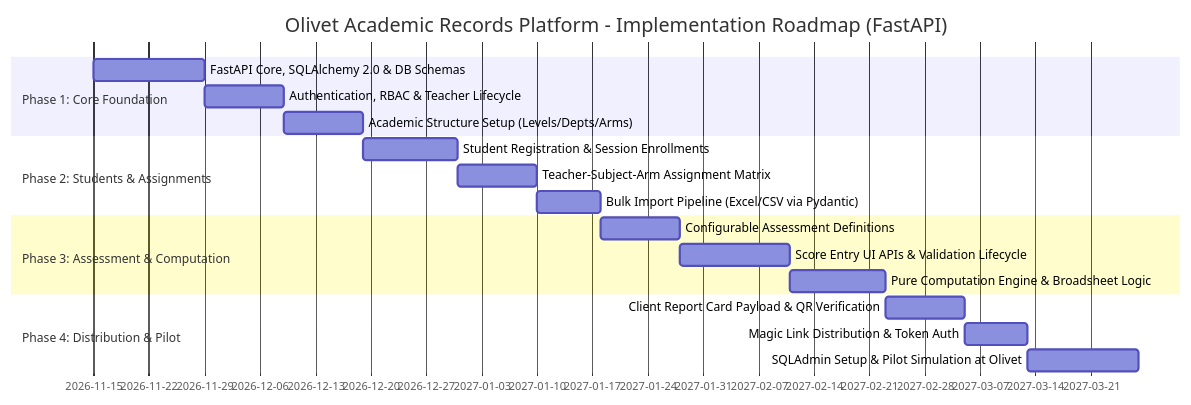
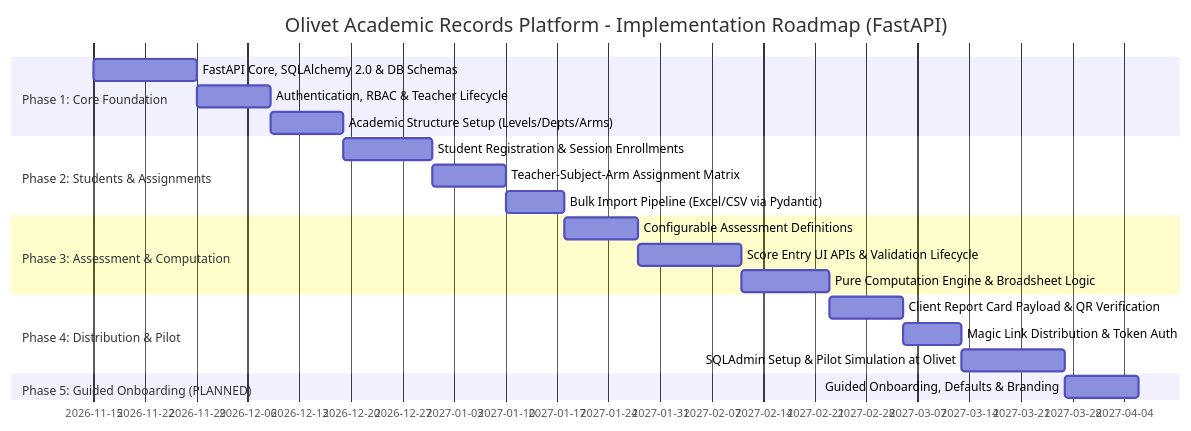
Before and after one commit to Dev-Eyitayo/Student-Portal: diagram 13 of 13 in ARCHITECTURE.md, drawn with Mermaid. The commit also changed other lines of this file and 35 other files, not shown here.

First line of the commit message:
feat: implement M5 computation engine, publication, and M8 guided onboarding

````diff
--- a/ARCHITECTURE.md
+++ b/ARCHITECTURE.md
@@ -1942,21 +2050,23 @@
 ```mermaid
 gantt
     title Olivet Academic Records Platform - Implementation Roadmap (FastAPI)
     dateFormat  YYYY-MM-DD
     section Phase 1: Core Foundation
     FastAPI Core, SQLAlchemy 2.0 & DB Schemas   :p1_1, 2026-11-15, 14d
     Authentication, RBAC & Teacher Lifecycle     :p1_2, after p1_1, 10d
     Academic Structure Setup (Levels/Depts/Arms) :p1_3, after p1_2, 10d
     section Phase 2: Students & Assignments
     Student Registration & Session Enrollments   :p2_1, after p1_3, 12d
     Teacher-Subject-Arm Assignment Matrix        :p2_2, after p2_1, 10d
     Bulk Import Pipeline (Excel/CSV via Pydantic):p2_3, after p2_2, 8d
     section Phase 3: Assessment & Computation
     Configurable Assessment Definitions          :p3_1, after p2_3, 10d
     Score Entry UI APIs & Validation Lifecycle   :p3_2, after p3_1, 14d
     Pure Computation Engine & Broadsheet Logic   :p3_3, after p3_2, 12d
     section Phase 4: Distribution & Pilot
     Client Report Card Payload & QR Verification :p4_1, after p3_3, 10d
     Magic Link Distribution & Token Auth         :p4_2, after p4_1, 8d
     SQLAdmin Setup & Pilot Simulation at Olivet  :p4_3, after p4_2, 14d
+    section Phase 5: Guided Onboarding (PLANNED)
+    Guided Onboarding, Defaults & Branding       :p5_1, after p4_3, 10d
 ```
````
